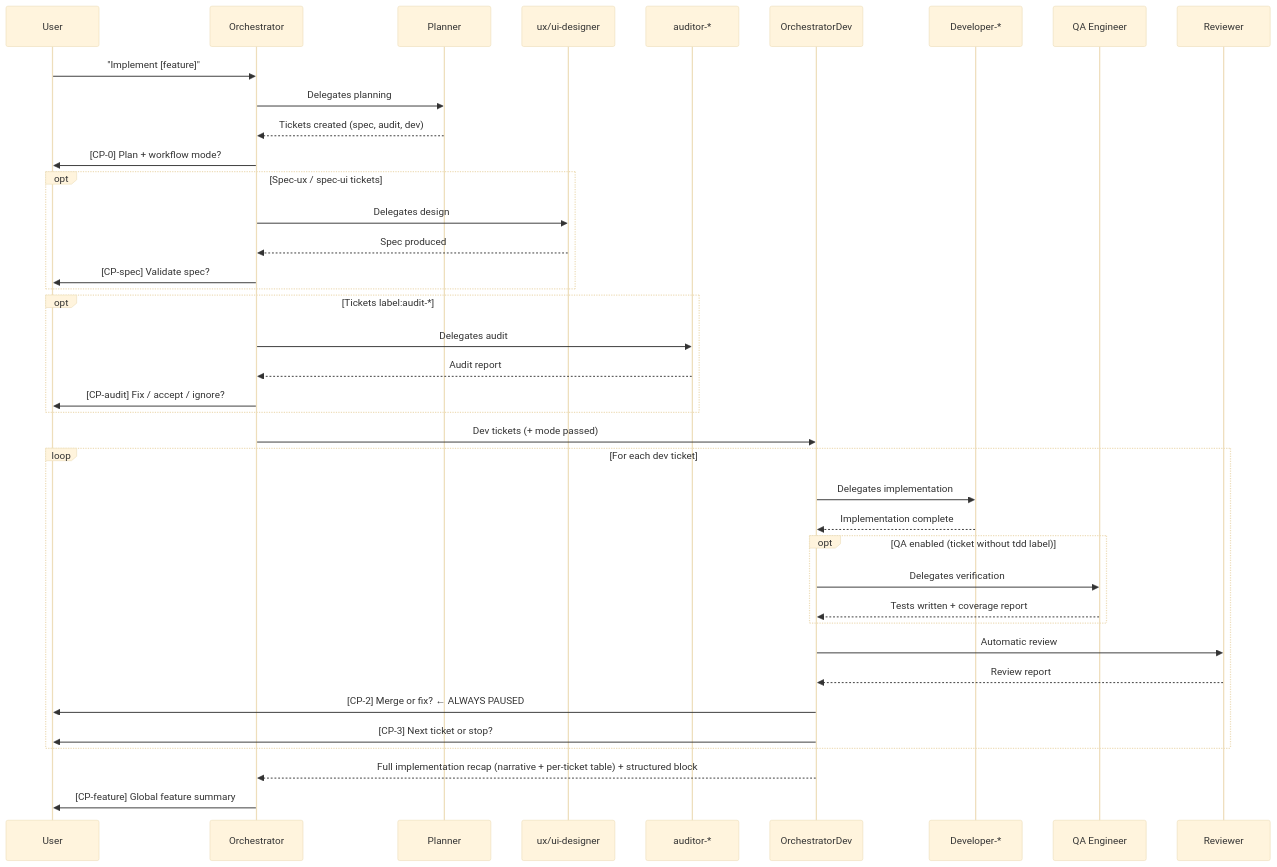
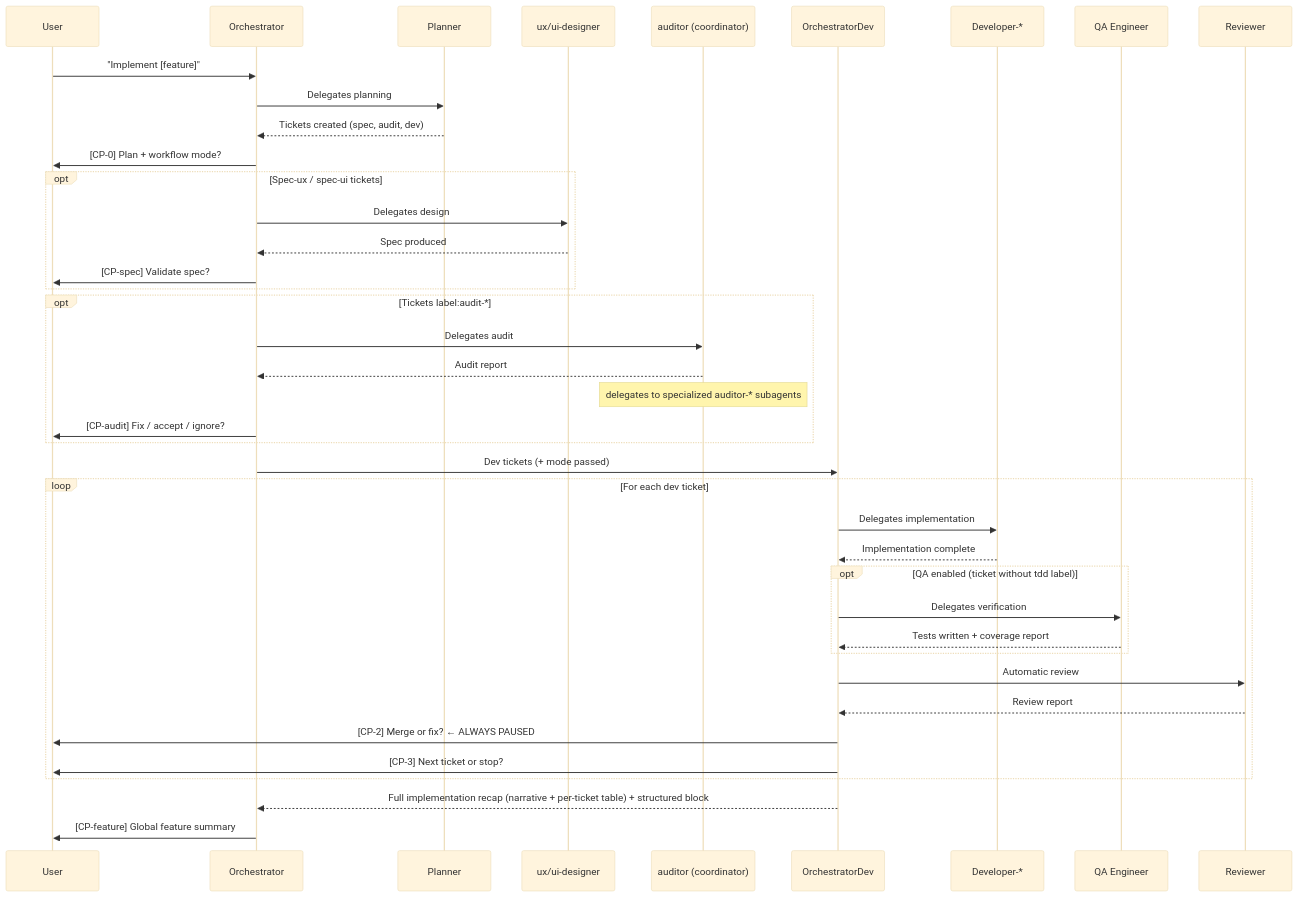
The second of 3 diagrams in docs/architecture/overview.en.md (datichb/openhub), drawn with Mermaid (base theme) before and after one commit. The commit also changed other lines of this file and 8 other files, not shown here.

````diff
--- a/docs/architecture/overview.en.md
+++ b/docs/architecture/overview.en.md
@@ -70,46 +70,47 @@
 ```mermaid
 sequenceDiagram
     participant U as User
     participant O as Orchestrator
     participant PL as Planner
     participant DS as ux/ui-designer
-    participant AU as auditor-*
+    participant AU as auditor (coordinator)
     participant OD as OrchestratorDev
     participant DEV as Developer-*
     participant QA as QA Engineer
     participant R as Reviewer
 
     U->>O: "Implement [feature]"
     O->>PL: Delegates planning
     PL-->>O: Tickets created (spec, audit, dev)
     O->>U: [CP-0] Plan + workflow mode?
 
     opt Spec-ux / spec-ui tickets
         O->>DS: Delegates design
         DS-->>O: Spec produced
         O->>U: [CP-spec] Validate spec?
     end
 
     opt Tickets label:audit-*
         O->>AU: Delegates audit
         AU-->>O: Audit report
+        Note over AU: delegates to specialized auditor-* subagents
         O->>U: [CP-audit] Fix / accept / ignore?
     end
 
     O->>OD: Dev tickets (+ mode passed)
     loop For each dev ticket
         OD->>DEV: Delegates implementation
         DEV-->>OD: Implementation complete
         opt QA enabled (ticket without tdd label)
             OD->>QA: Delegates verification
             QA-->>OD: Tests written + coverage report
         end
         OD->>R: Automatic review
         R-->>OD: Review report
         OD->>U: [CP-2] Merge or fix? ← ALWAYS PAUSED
         OD->>U: [CP-3] Next ticket or stop?
     end
     OD-->>O: Full implementation recap (narrative + per-ticket table) + structured block
 
     O->>U: [CP-feature] Global feature summary
 ```
````
